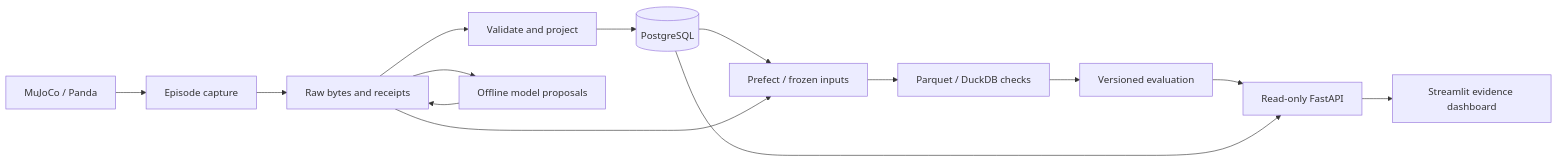
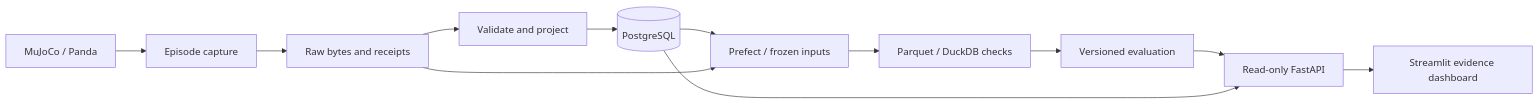
One commit to utsav-chokshi/robot-episode-data-platform changed the diagram in README.md. Above: the diagram before and after it, drawn with Mermaid. The commit also changed other lines of this file and 1 other file, not shown here.

````diff
--- a/README.md
+++ b/README.md
@@ -36,16 +34,14 @@
 ```mermaid
 flowchart LR
     S[MuJoCo / Panda] --> C[Episode capture]
     C --> R[Raw bytes and receipts]
     R --> V[Validate and project]
     V --> P[(PostgreSQL)]
     P --> F[Prefect / frozen inputs]
     R --> F
     F --> A[Parquet / DuckDB checks]
     A --> E[Versioned evaluation]
     E --> API[Read-only FastAPI]
     P --> API
     API --> D[Streamlit evidence dashboard]
-    R --> M[Offline model proposals]
-    M --> R
 ```
````
